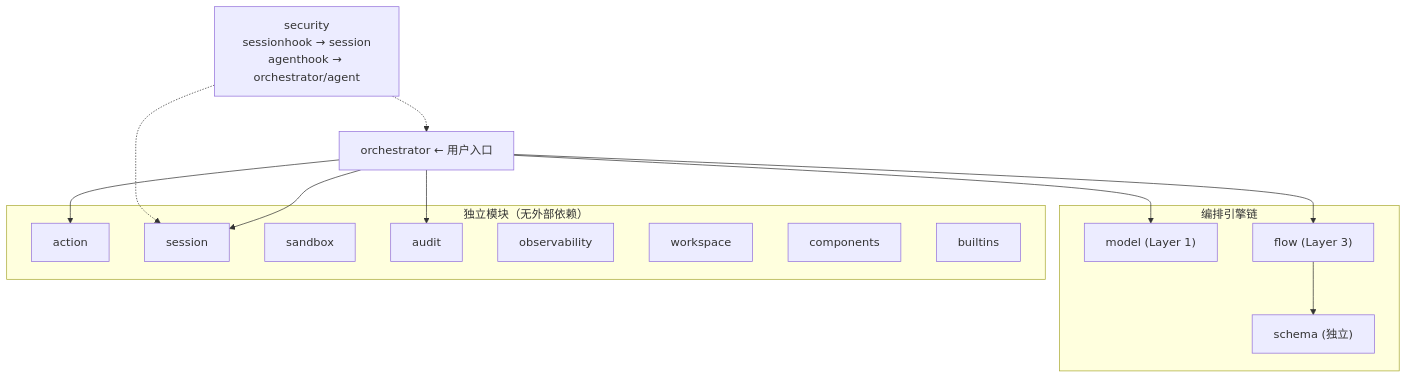
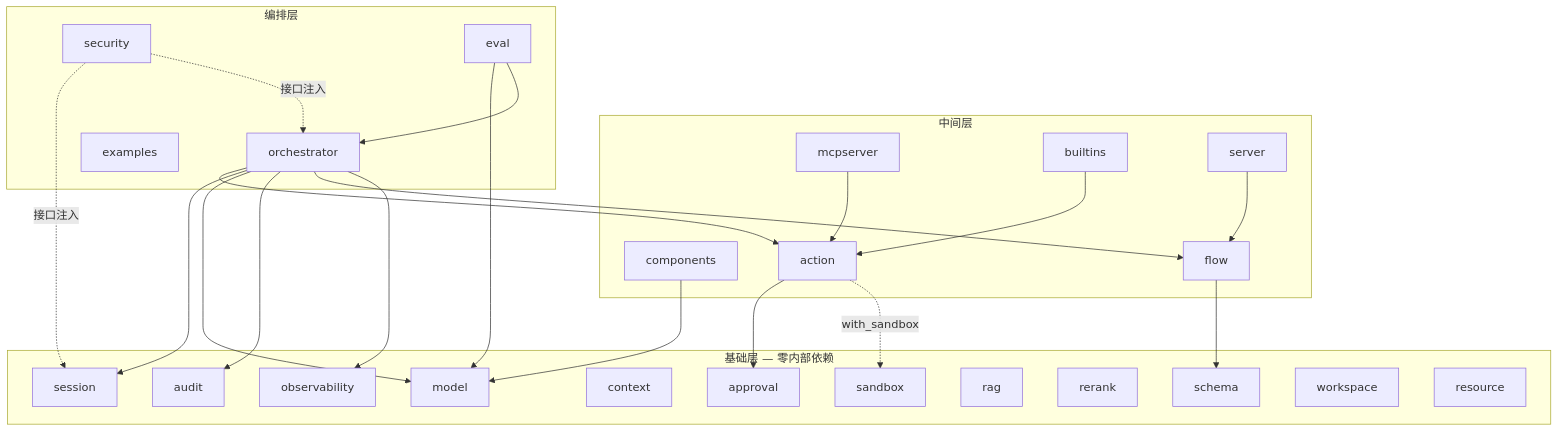
Before and after one commit to drscrewdriver/inferglow: the second of 2 diagrams in README.md, drawn with Mermaid. The commit also changed other lines of this file and 3 other files, not shown here.

````diff
--- a/README.md
+++ b/README.md
@@ -265,32 +375,52 @@
 ```mermaid
 graph TD
-    subgraph chain["编排引擎链"]
-        MODEL["model (Layer 1)"]
-        SCHEMA["schema (独立)"]
-        FLOW["flow (Layer 3)"]
-        FLOW --> SCHEMA
+    subgraph foundation["基础层 — 零内部依赖"]
+        MODEL["model"]
+        SCHEMA["schema"]
+        SESS["session"]
+        SANDBOX["sandbox"]
+        CTX["context"]
+        AUDIT["audit"]
+        APPROVAL["approval"]
+        RAG["rag"]
+        RERANK["rerank"]
+        OBS["observability"]
+        WS["workspace"]
+        RESOURCE["resource"]
     end
 
-    subgraph independent["独立模块（无外部依赖）"]
+    subgraph mid["中间层"]
+        COMP["components"]
+        FLOW["flow"]
         ACT["action"]
-        SESS["session"]
-        SANDBOX["sandbox"]
-        AUDIT["audit"]
-        OBS["observability"]
-        WS["workspace"]
-        COMP["components"]
-        BUILTIN["builtins"]
+        MCPSERVER["mcpserver"]
+        BUILTINS["builtins"]
+        SERVER["server"]
+
+        COMP --> MODEL
+        FLOW --> SCHEMA
+        ACT --> APPROVAL
+        ACT -.->|"with_sandbox"| SANDBOX
+        MCPSERVER --> ACT
+        BUILTINS --> ACT
+        SERVER --> FLOW
     end
 
-    SECURITY["security<br/>sessionhook → session<br/>agenthook → orchestrator/agent"]
+    subgraph orch["编排层"]
+        ORCH["orchestrator"]
+        SECURITY["security"]
+        EVAL["eval"]
+        EXAMPLES["examples"]
 
-    ORCH["orchestrator ← 用户入口"]
-
-    ORCH --> ACT
-    ORCH --> SESS
-    ORCH --> MODEL
-    ORCH --> AUDIT
-    ORCH --> FLOW
-    SECURITY -.-> SESS
-    SECURITY -.-> ORCH
+        ORCH --> ACT
+        ORCH --> SESS
+        ORCH --> MODEL
+        ORCH --> AUDIT
+        ORCH --> FLOW
+        ORCH --> OBS
+        SECURITY -.->|"接口注入"| SESS
+        SECURITY -.->|"接口注入"| ORCH
+        EVAL --> MODEL
+        EVAL --> ORCH
+    end
 ```
````
